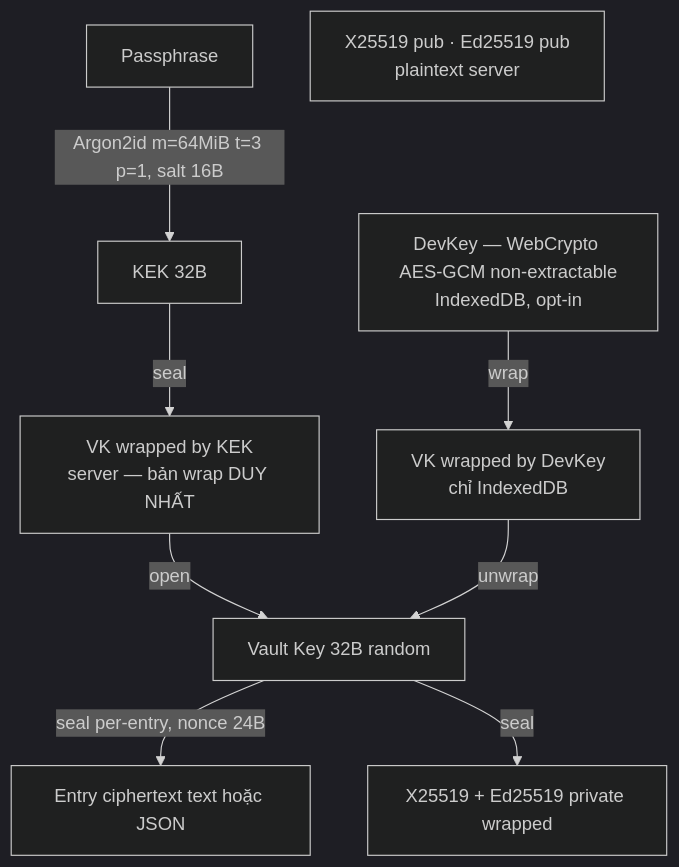
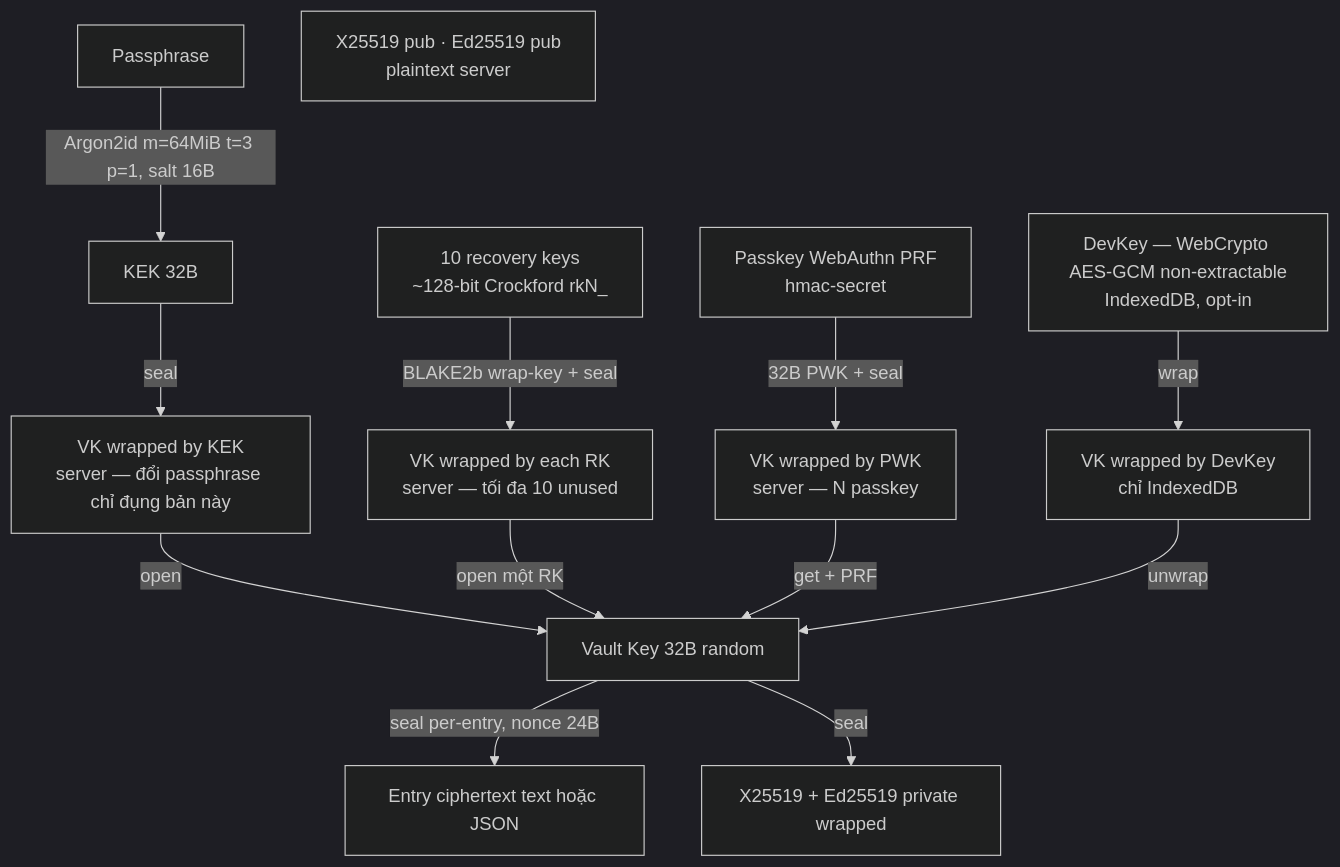
Before and after one commit to zone17th/engram: the fourth of 5 diagrams in docs/SPEC.md, drawn with Mermaid (dark theme). The commit also changed other lines of this file and 1 other file, not shown here.

Commit message:
docs: add recovery keys and passkey unlock

````diff
--- a/docs/SPEC.md
+++ b/docs/SPEC.md
@@ -550,11 +633,15 @@
 ```mermaid
 flowchart TD
     P[Passphrase] -->|Argon2id m=64MiB t=3 p=1, salt 16B| KEK[KEK 32B]
-    KEK -->|seal| WK[VK wrapped by KEK<br/>server — bản wrap DUY NHẤT]
+    KEK -->|seal| WK[VK wrapped by KEK<br/>server — đổi passphrase chỉ đụng bản này]
     WK -->|open| VK[Vault Key 32B random]
+    RK[10 recovery keys<br/>~128-bit Crockford rkN_] -->|BLAKE2b wrap-key + seal| WR[VK wrapped by each RK<br/>server — tối đa 10 unused]
+    WR -->|open một RK| VK
+    PK[Passkey WebAuthn PRF<br/>hmac-secret] -->|32B PWK + seal| WPW[VK wrapped by PWK<br/>server — N passkey]
+    WPW -->|get + PRF| VK
     VK -->|seal per-entry, nonce 24B| E1[Entry ciphertext text hoặc JSON]
     VK -->|seal| WP[X25519 + Ed25519 private wrapped]
     PUB[X25519 pub · Ed25519 pub<br/>plaintext server]
     DK[DevKey — WebCrypto AES-GCM non-extractable<br/>IndexedDB, opt-in] -->|wrap| WD[VK wrapped by DevKey<br/>chỉ IndexedDB]
     WD -->|unwrap| VK
 ```
````
